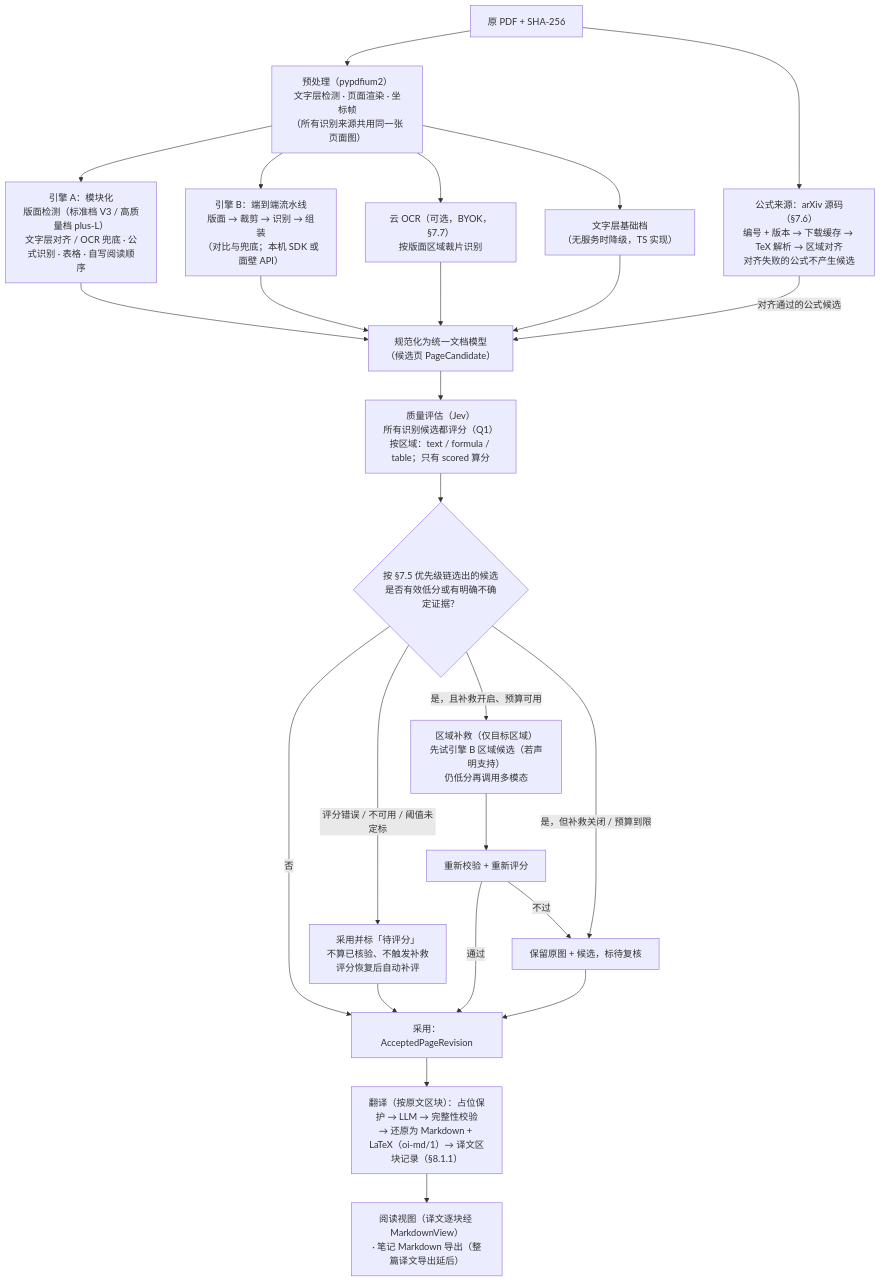
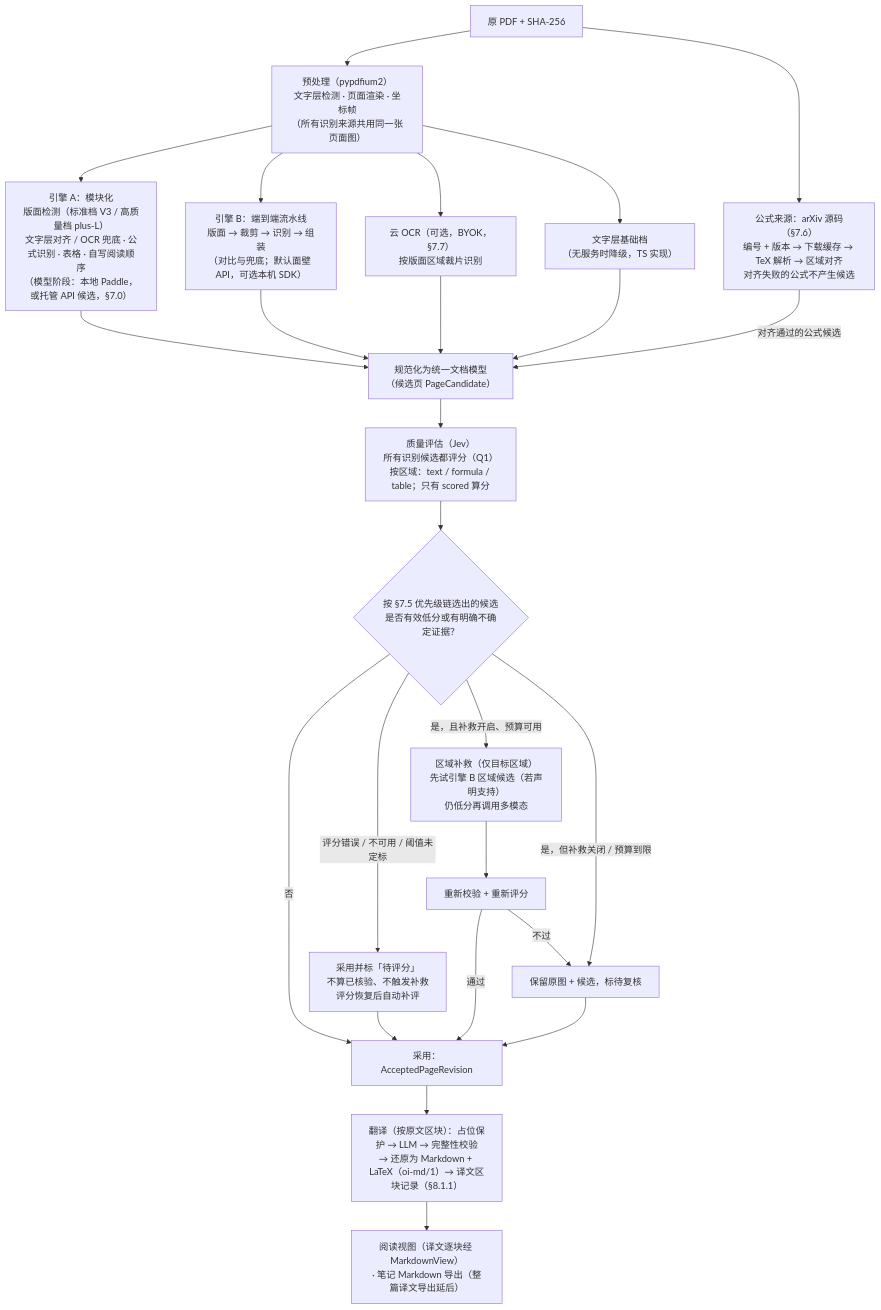
The fourth of 5 diagrams in ARCHITECTURE.md (wisdom-km/open-immerse-v2), drawn with Mermaid before and after one commit. The commit also changed other lines of this file, not shown here.

Commit message:
docs(arch): API 优先原则 §7.0（每个模型能力「本地 / API」、默认 API、硬件只标可行性、降级不静默切换）；Jev 推荐规则改为 api-first，引擎 B 默认面壁 API，引擎 A 托管候选（百度 AI Studio，未核实）；开发机 Windows 本地部署不要求 / 未核实；§15.4 开发密钥只经 Cursor Secrets

````diff
--- a/ARCHITECTURE.md
+++ b/ARCHITECTURE.md
@@ -679,27 +710,27 @@
 ```mermaid
 flowchart TD
   IN["原 PDF + SHA-256"] --> PRE["预处理（pypdfium2）<br/>文字层检测 · 页面渲染 · 坐标帧<br/>（所有识别来源共用同一张页面图）"]
   IN --> AX["公式来源：arXiv 源码（§7.6）<br/>编号 + 版本 → 下载缓存 → TeX 解析 → 区域对齐<br/>对齐失败的公式不产生候选"]
-  PRE --> A["引擎 A：模块化<br/>版面检测（标准档 V3 / 高质量档 plus-L）<br/>文字层对齐 / OCR 兜底 · 公式识别 · 表格 · 自写阅读顺序"]
-  PRE --> B["引擎 B：端到端流水线<br/>版面 → 裁剪 → 识别 → 组装<br/>（对比与兜底；本机 SDK 或面壁 API）"]
+  PRE --> A["引擎 A：模块化<br/>版面检测（标准档 V3 / 高质量档 plus-L）<br/>文字层对齐 / OCR 兜底 · 公式识别 · 表格 · 自写阅读顺序<br/>（模型阶段：本地 Paddle，或托管 API 候选，§7.0）"]
+  PRE --> B["引擎 B：端到端流水线<br/>版面 → 裁剪 → 识别 → 组装<br/>（对比与兜底；默认面壁 API，可选本机 SDK）"]
   PRE --> CO["云 OCR（可选，BYOK，§7.7）<br/>按版面区域裁片识别"]
   PRE --> T["文字层基础档<br/>（无服务时降级，TS 实现）"]
   A --> N["规范化为统一文档模型<br/>（候选页 PageCandidate）"]
   B --> N
   CO --> N
   T --> N
   AX -- "对齐通过的公式候选" --> N
   N --> Q["质量评估（Jev）<br/>所有识别候选都评分（Q1）<br/>按区域：text / formula / table；只有 scored 算分"]
   Q --> D{"按 §7.5 优先级链选出的候选<br/>是否有效低分或有明确不确定证据？"}
   D -- "否" --> ACC["采用：AcceptedPageRevision"]
   D -- "评分错误 / 不可用 / 阈值未定标" --> PEND["采用并标「待评分」<br/>不算已核验、不触发补救<br/>评分恢复后自动补评"]
   PEND --> ACC
   D -- "是，且补救开启、预算可用" --> RP["区域补救（仅目标区域）<br/>先试引擎 B 区域候选（若声明支持）<br/>仍低分再调用多模态"]
   D -- "是，但补救关闭 / 预算到限" --> FB["保留原图 + 候选，标待复核"]
   RP --> Q2["重新校验 + 重新评分"]
   Q2 -- "通过" --> ACC
   Q2 -- "不过" --> FB
   FB --> ACC
   ACC --> TR["翻译（按原文区块）：占位保护 → LLM → 完整性校验<br/>→ 还原为 Markdown + LaTeX（oi-md/1）→ 译文区块记录（§8.1.1）"]
   TR --> OUT["阅读视图（译文逐块经 MarkdownView）<br/>· 笔记 Markdown 导出（整篇译文导出延后）"]
 ```
````
